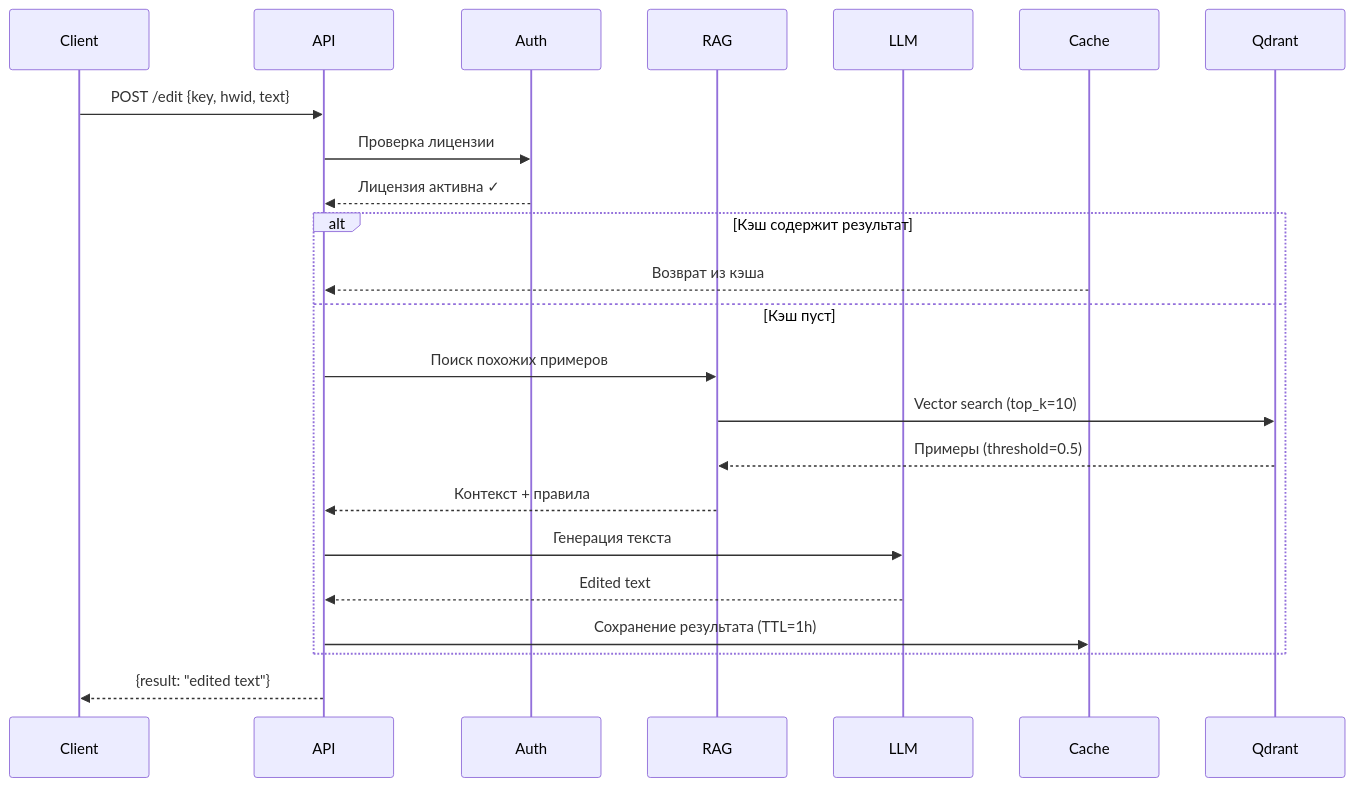
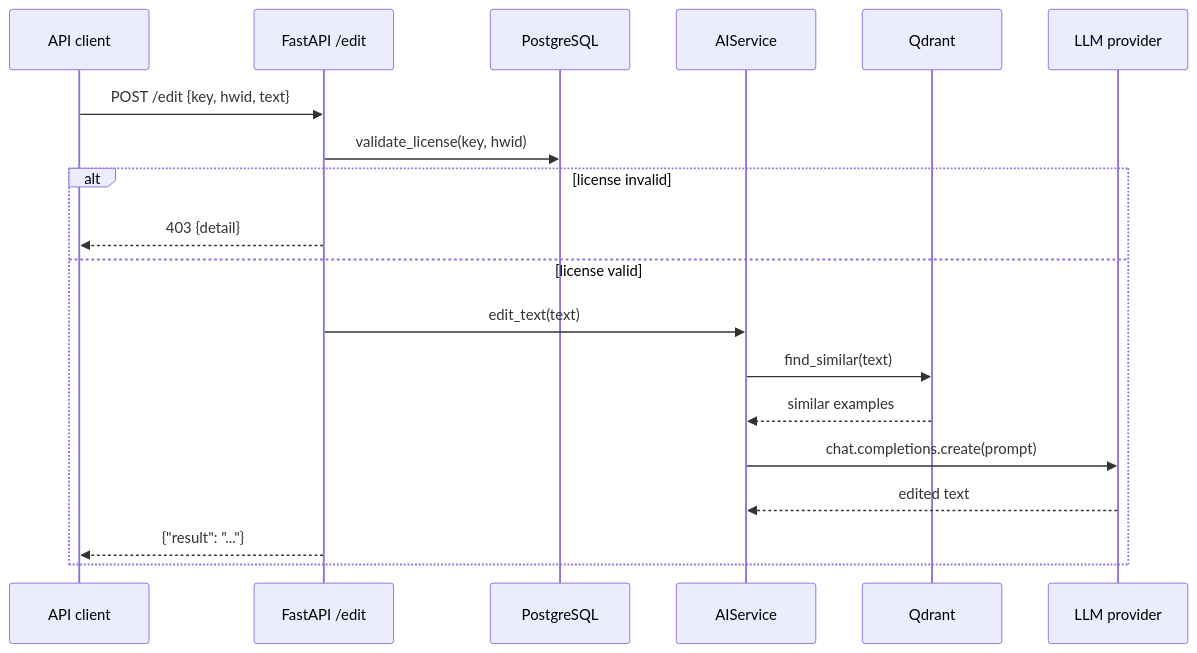
Before and after one commit to GloryWater/backend-for-using-ai: the second of 3 diagrams in README.md, drawn with Mermaid. The commit also changed other lines of this file and 10 other files, not shown here.

````diff
--- a/README.md
+++ b/README.md
@@ -123,28 +93,22 @@
 ```mermaid
 sequenceDiagram
-    participant Client
-    participant API
-    participant Auth
-    participant RAG
-    participant LLM
-    participant Cache
+    participant Client as API client
+    participant API as FastAPI /edit
+    participant DB as PostgreSQL
+    participant AI as AIService
+    participant Qdrant
+    participant LLM as LLM provider
 
     Client->>API: POST /edit {key, hwid, text}
-    API->>Auth: Проверка лицензии
-    Auth-->>API: Лицензия активна ✓
-
-    alt Кэш содержит результат
-        Cache-->>API: Возврат из кэша
-    else Кэш пуст
-        API->>RAG: Поиск похожих примеров
-        RAG->>Qdrant: Vector search (top_k=10)
-        Qdrant-->>RAG: Примеры (threshold=0.5)
-        RAG-->>API: Контекст + правила
-
-        API->>LLM: Генерация текста
-        LLM-->>API: Edited text
-        API->>Cache: Сохранение результата (TTL=1h)
+    API->>DB: validate_license(key, hwid)
+    alt license invalid
+        API-->>Client: 403 {detail}
+    else license valid
+        API->>AI: edit_text(text)
+        AI->>Qdrant: find_similar(text)
+        Qdrant-->>AI: similar examples
+        AI->>LLM: chat.completions.create(prompt)
+        LLM-->>AI: edited text
+        API-->>Client: {"result": "..."}
     end
-
-    API-->>Client: {result: "edited text"}
 ```
````
